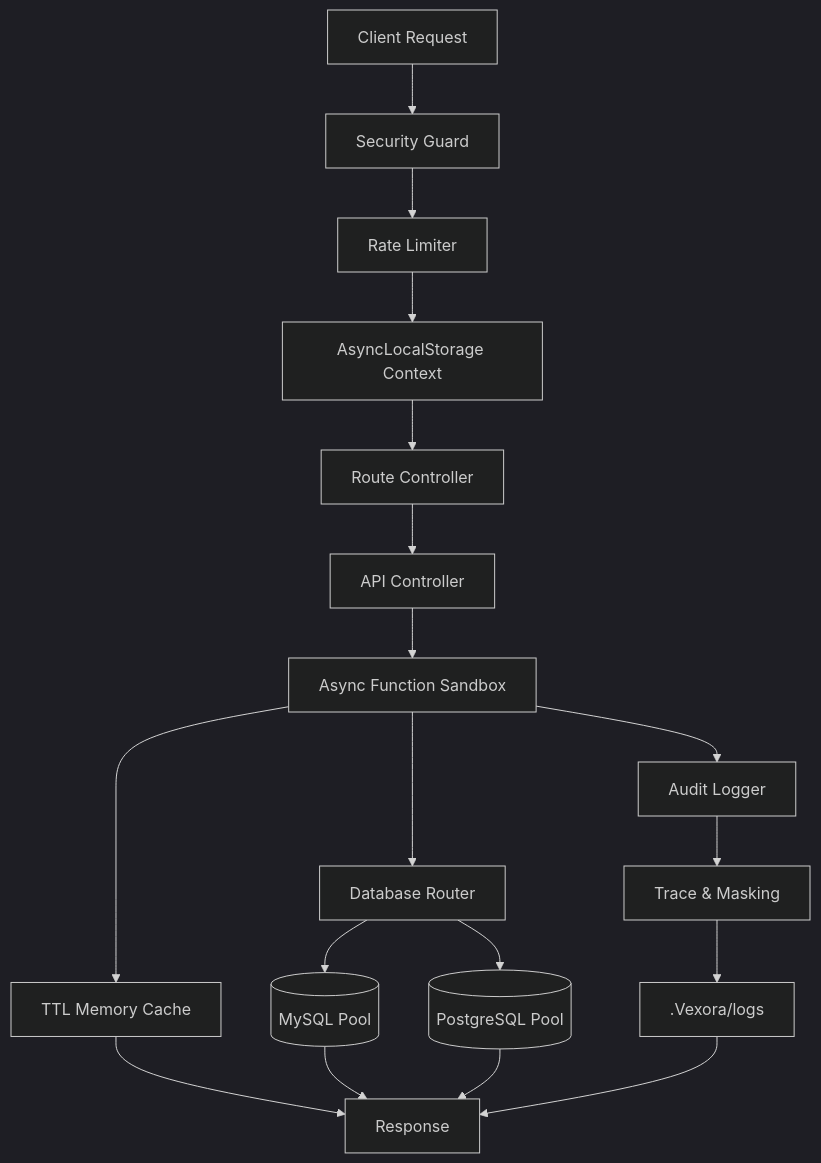
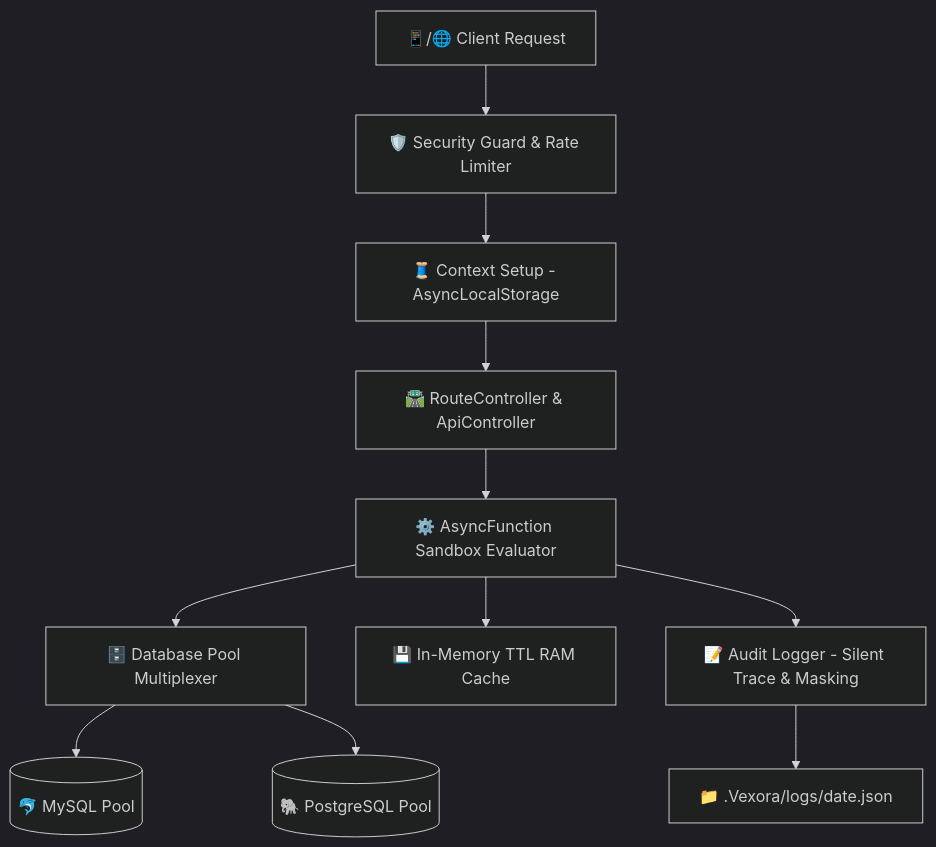
The diagram in README.md (satyam9725/satyam9725), drawn with Mermaid (dark theme) before and after one commit. The commit also changed other lines of this file, not shown here.

````diff
--- a/README.md
+++ b/README.md
@@ -74,26 +46,13 @@
 ```mermaid
-flowchart TD
-    A[Client Request] --> B[Security Guard]
-    B --> C[Rate Limiter]
-    C --> D[AsyncLocalStorage Context]
-
-    D --> E[Route Controller]
-    E --> F[API Controller]
-
-    F --> G[Async Function Sandbox]
-    G --> H[Database Router]
-
-    H --> I[(MySQL Pool)]
-    H --> J[(PostgreSQL Pool)]
-
-    G --> K[TTL Memory Cache]
-    G --> L[Audit Logger]
-
-    L --> M[Trace & Masking]
-    M --> N[.Vexora/logs]
-
-    K --> O[Response]
-    I --> O
-    J --> O
-    N --> O
+graph TD
+    Client[📱/🌐 Client Request] --> Guard[🛡️ Security Guard & Rate Limiter]
+    Guard --> Context[🧵 Context Setup - AsyncLocalStorage]
+    Context --> Router[🛣️ RouteController & ApiController]
+    Router --> Controller[⚙️ AsyncFunction Sandbox Evaluator]
+    Controller --> DBRouter[🗄️ Database Pool Multiplexer]
+    DBRouter --> MySQL[(🐬 MySQL Pool)]
+    DBRouter --> PG[(🐘 PostgreSQL Pool)]
+    Controller --> Cache[💾 In-Memory TTL RAM Cache]
+    Controller --> Logger[📝 Audit Logger - Silent Trace & Masking]
+    Logger --> Disk[📁 .Vexora/logs/date.json]
 ```
````
